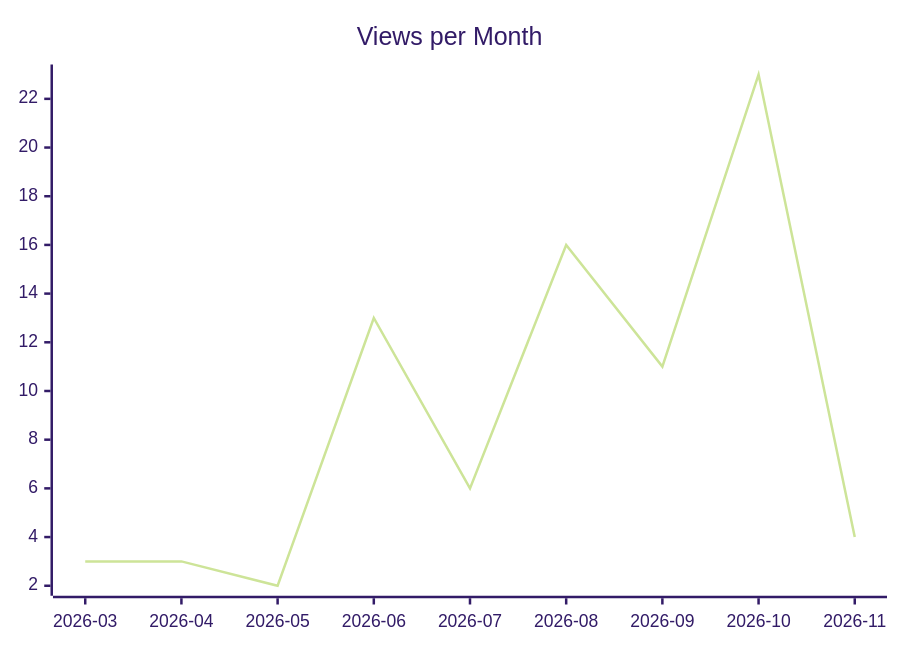
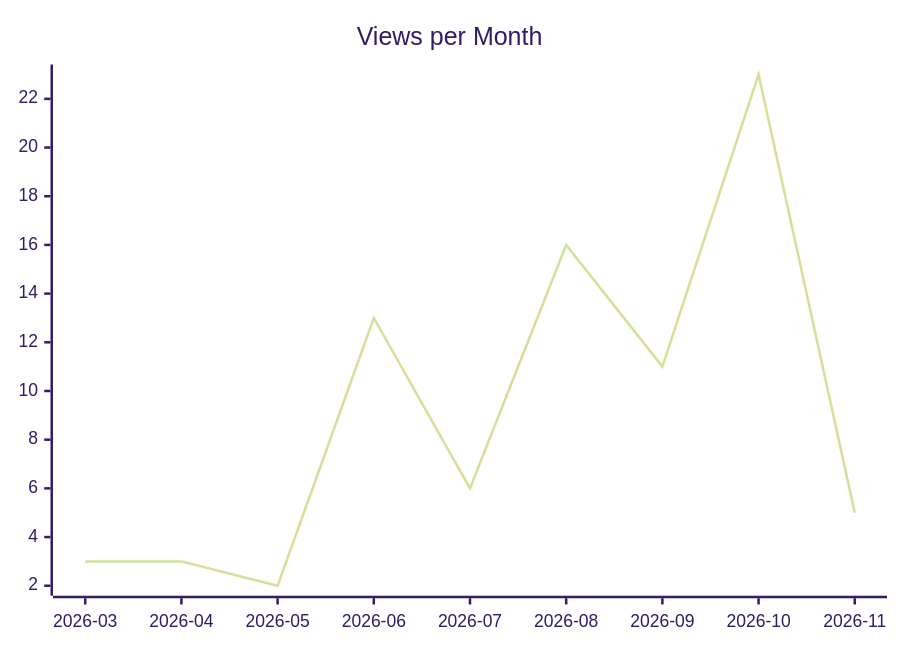
One commit to justdavis-family/github-analytics-data changed the second of 3 diagrams in karlmdavis/rps-tourney/README.md. Above: the diagram before and after it, drawn with Mermaid (forest theme). The commit also changed other lines of this file and 188 other files, not shown here.

````diff
--- a/karlmdavis/rps-tourney/README.md
+++ b/karlmdavis/rps-tourney/README.md
@@ -12,6 +12,6 @@
 ```mermaid
 xychart-beta
   title "Views per Month"
   x-axis ["2026-03", "2026-04", "2026-05", "2026-06", "2026-07", "2026-08", "2026-09", "2026-10", "2026-11"]
-  line [3, 3, 2, 13, 6, 16, 11, 23, 4]
+  line [3, 3, 2, 13, 6, 16, 11, 23, 5]
 ```
````
